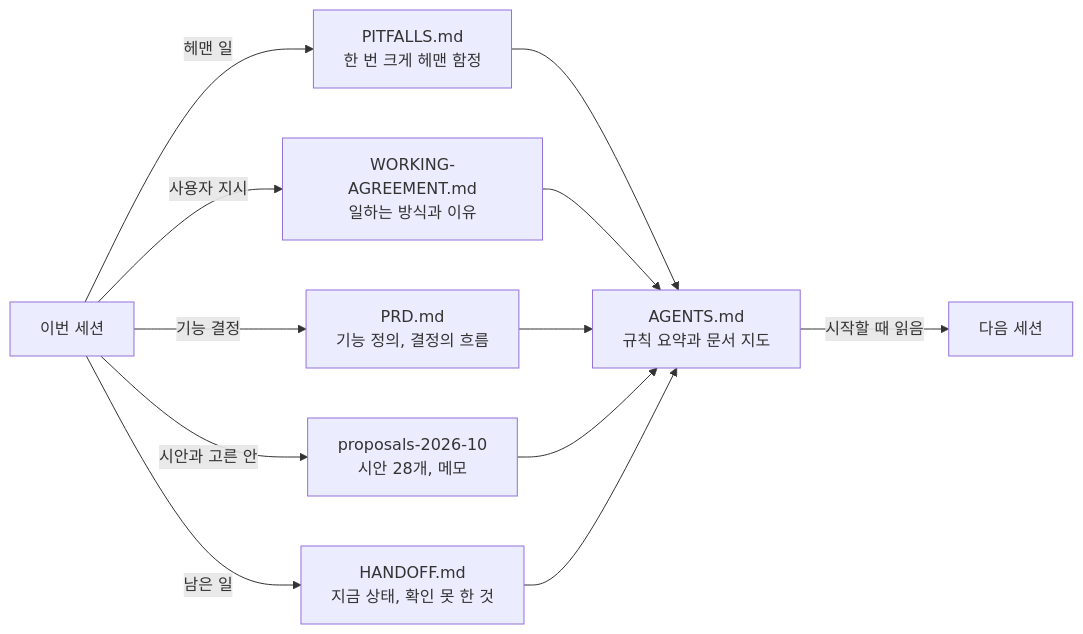
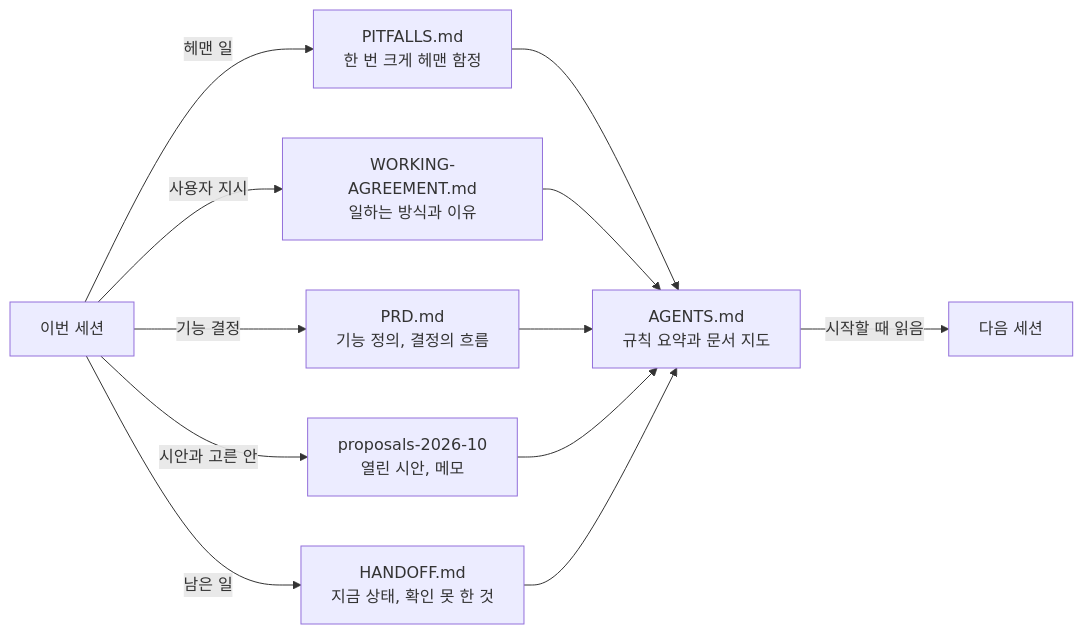
Before and after one commit to novum-lab-kr/chagok-app: the fifth of 10 diagrams in README.md, drawn with Mermaid. The commit also changed other lines of this file and 12 other files, not shown here.

````diff
--- a/README.md
+++ b/README.md
@@ -200,10 +200,10 @@
 ```mermaid
 flowchart LR
     s1["이번 세션"] -- "헤맨 일" --> pitfalls["PITFALLS.md<br/>한 번 크게 헤맨 함정"]
     s1 -- "사용자 지시" --> wa["WORKING-AGREEMENT.md<br/>일하는 방식과 이유"]
     s1 -- "기능 결정" --> prd["PRD.md<br/>기능 정의, 결정의 흐름"]
-    s1 -- "시안과 고른 안" --> prop["proposals-2026-10<br/>시안 28개, 메모"]
+    s1 -- "시안과 고른 안" --> prop["proposals-2026-10<br/>열린 시안, 메모"]
     s1 -- "남은 일" --> handoff["HANDOFF.md<br/>지금 상태, 확인 못 한 것"]
     pitfalls & wa & prd & prop & handoff --> agents["AGENTS.md<br/>규칙 요약과 문서 지도"]
     agents -- "시작할 때 읽음" --> s2["다음 세션"]
 ```
````
